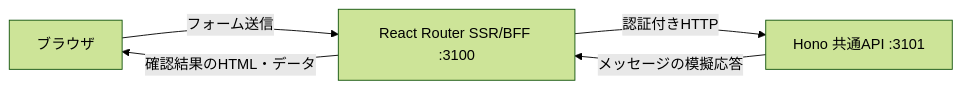
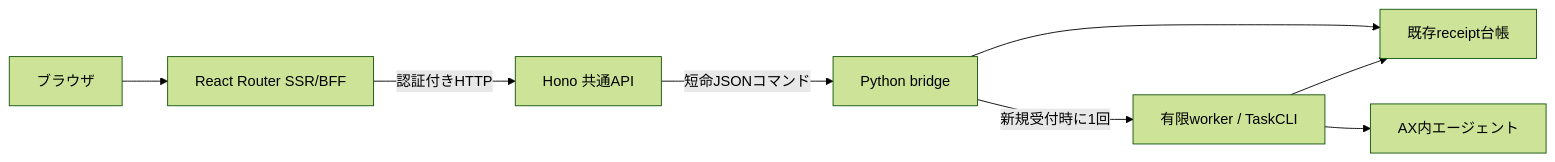
One commit to sori883/agent-workspace changed the diagram in web/README.md. Above: the diagram before and after it, drawn with Mermaid (forest theme). The commit also changed other lines of this file and 46 other files, not shown here.

````diff
--- a/web/README.md
+++ b/web/README.md
@@ -40,7 +66,10 @@
 ```mermaid
 flowchart LR
-  Browser[ブラウザ] -->|フォーム送信| Web[React Router SSR/BFF :3100]
-  Web -->|認証付きHTTP| API[Hono 共通API :3101]
-  API -->|メッセージの模擬応答| Web
-  Web -->|確認結果のHTML・データ| Browser
+  Browser[ブラウザ] --> Web[React Router SSR/BFF]
+  Web -->|認証付きHTTP| API[Hono 共通API]
+  API -->|短命JSONコマンド| Bridge[Python bridge]
+  Bridge --> Ledger[既存receipt台帳]
+  Bridge -->|新規受付時に1回| Worker[有限worker / TaskCLI]
+  Worker --> AX[AX内エージェント]
+  Worker --> Ledger
 ```
````
